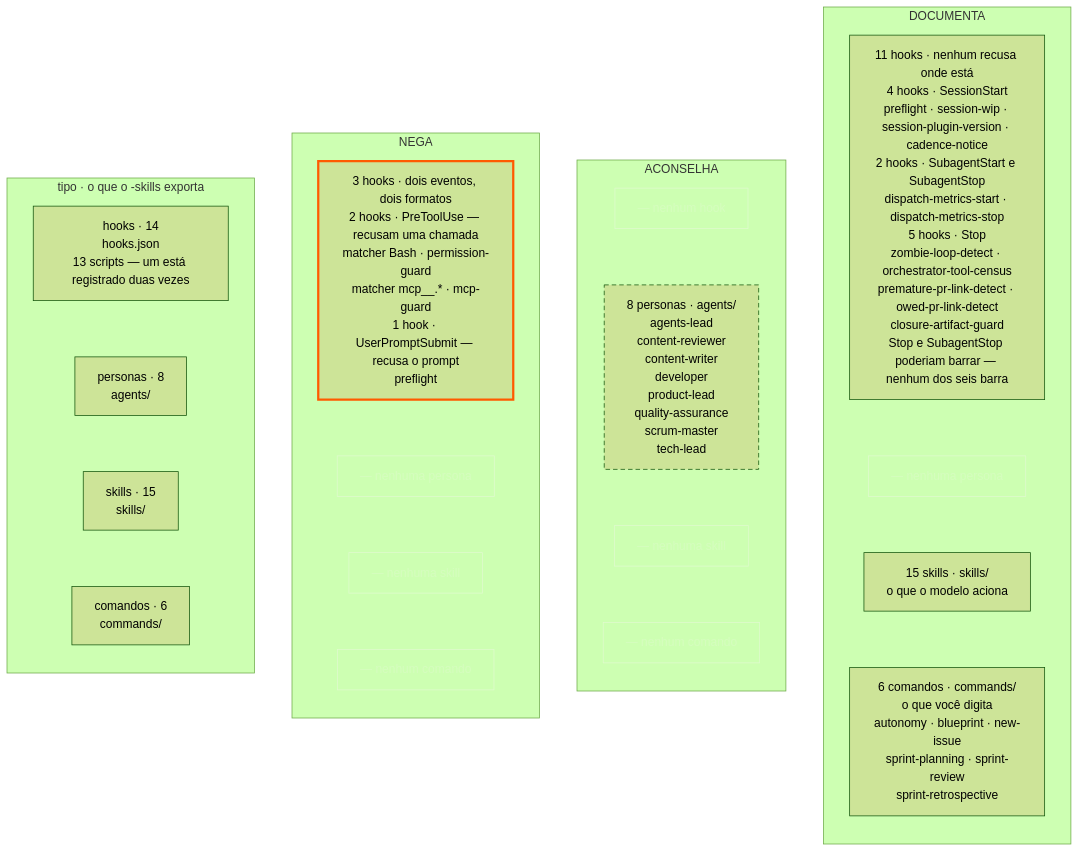
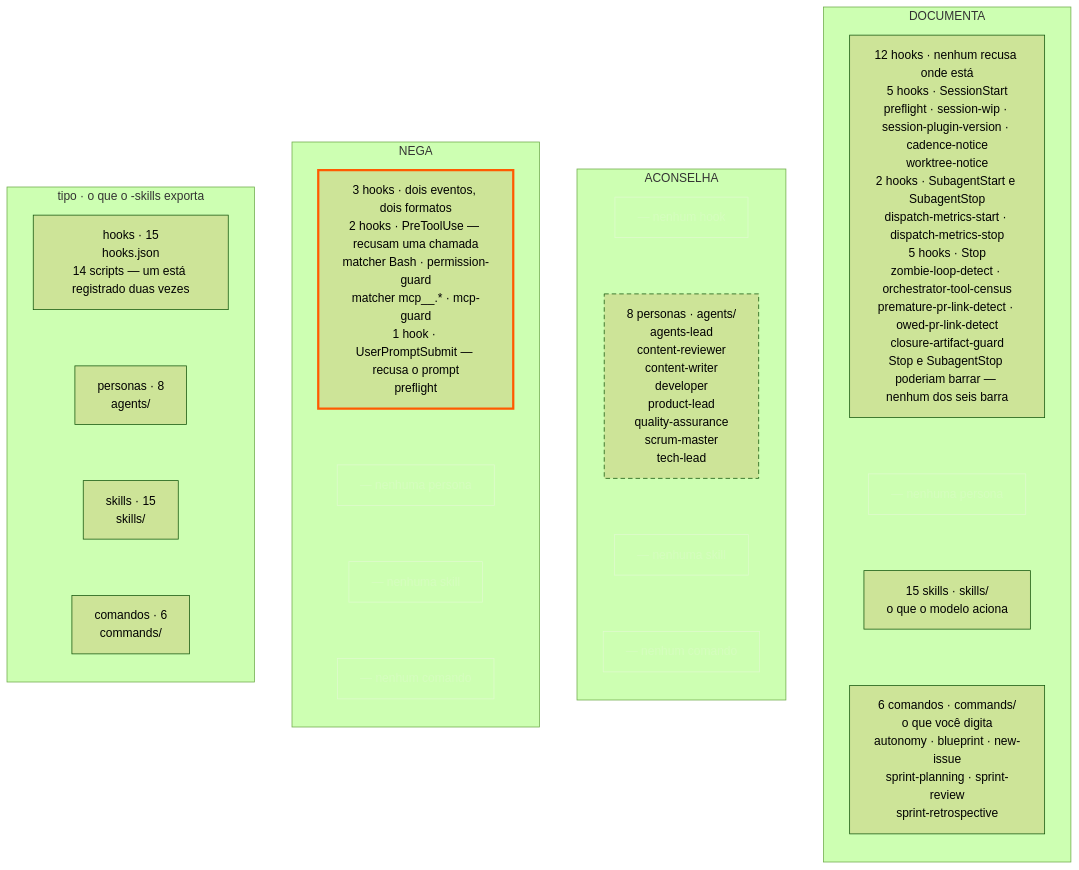
The third of 3 diagrams in apps/fed/src/content/architecture.pt.md (tedeuxx/tadeumendonca-io), drawn with Mermaid (forest theme) before and after one commit. The commit also changed other lines of this file and 6 other files, not shown here.

First line of the commit message:
fix(harness): catch the /architecture inventory up to worktree-notice, and repair the wip basis

````diff
--- a/apps/fed/src/content/architecture.pt.md
+++ b/apps/fed/src/content/architecture.pt.md
@@ -191,49 +191,49 @@
 ```mermaid
 flowchart LR
   accTitle: Do que o harness é feito
   accDescr: A afirmação vem primeiro, porque é pra ela que a grade existe. De tudo que o plugin exporta, exatamente um tipo consegue recusar: só os hooks RECUSAM, e só em dois dos seis eventos em que eles se registram. As personas ACONSELHAM, e as skills e os comandos só DOCUMENTAM. Quatro tipos contra três classes de força dá doze células; cinco têm conteúdo e sete estão vazias, e as sete vazias são o argumento. Agora o inventário de onde a afirmação é lida. As raias são os 14 registros de hook no hooks.json, escritos por 13 scripts porque o preflight está registrado duas vezes; as 8 personas do diretório agents; as 15 skills do diretório skills; e os 6 comandos do diretório commands. Na coluna que nega há uma célula só, e ela tem 3 registros em dois eventos de formatos diferentes: o permission-guard no matcher Bash e o mcp-guard no matcher das ferramentas MCP, os dois no PreToolUse, que recusam uma chamada de ferramenta antes dela rodar; e o preflight no UserPromptSubmit, que recusa o próprio prompt, antes do turno começar. Persona, skill e comando não têm célula nenhuma ali. Na coluna do meio também há uma só: as 8 personas — agents-lead, content-reviewer, content-writer, developer, product-lead, quality-assurance, scrum-master e tech-lead — que ACONSELHAM, e isso é uma afirmação sobre o julgamento delas, não sobre a cadeira, porque uma lente que ninguém aciona falha em silêncio. A terceira coluna, a dos componentes que só DOCUMENTAM, tem três células: as 15 skills, que é o que o modelo aciona sozinho; os 6 comandos, que é o que uma pessoa digita; e os outros 11 registros de hook — 4 no SessionStart, 2 no SubagentStart e no SubagentStop, e 5 no Stop. Lidas as duas colunas juntas, o preflight aparece nas duas, porque está registrado duas vezes com uma classe diferente em cada evento, e é isso que significa o desenho ser derivado e não desenhado: ninguém escrevendo à mão desenharia um script em duas colunas da mesma grade.
   subgraph LANE["tipo · o que o -skills exporta"]
     direction TB
-    LH["hooks · 14<br/>hooks.json<br/>13 scripts — um está registrado duas vezes"]
+    LH["hooks · 15<br/>hooks.json<br/>14 scripts — um está registrado duas vezes"]
     LP["personas · 8<br/>agents/"]
     LS["skills · 15<br/>skills/"]
     LC["comandos · 6<br/>commands/"]
     LH ~~~ LP ~~~ LS ~~~ LC
   end
   subgraph COLD["NEGA"]
     direction TB
     HKD["3 hooks · dois eventos, dois formatos<br/>2 hooks · PreToolUse — recusam uma chamada<br/>matcher Bash · permission-guard<br/>matcher mcp__.* · mcp-guard<br/>1 hook · UserPromptSubmit — recusa o prompt<br/>preflight"]
     PSD["— nenhuma persona"]
     SKD["— nenhuma skill"]
     CMD["— nenhum comando"]
     HKD ~~~ PSD ~~~ SKD ~~~ CMD
   end
   subgraph COLA["ACONSELHA"]
     direction TB
     HKA["— nenhum hook"]
     PS["8 personas · agents/<br/>agents-lead<br/>content-reviewer<br/>content-writer<br/>developer<br/>product-lead<br/>quality-assurance<br/>scrum-master<br/>tech-lead"]
     SKA["— nenhuma skill"]
     CMA["— nenhum comando"]
     HKA ~~~ PS ~~~ SKA ~~~ CMA
   end
   subgraph COLO["DOCUMENTA"]
     direction TB
-    HKR["11 hooks · nenhum recusa onde está<br/>4 hooks · SessionStart<br/>preflight · session-wip · session-plugin-version · cadence-notice<br/>2 hooks · SubagentStart e SubagentStop<br/>dispatch-metrics-start · dispatch-metrics-stop<br/>5 hooks · Stop<br/>zombie-loop-detect · orchestrator-tool-census<br/>premature-pr-link-detect · owed-pr-link-detect<br/>closure-artifact-guard<br/>Stop e SubagentStop poderiam barrar — nenhum dos seis barra"]
+    HKR["12 hooks · nenhum recusa onde está<br/>5 hooks · SessionStart<br/>preflight · session-wip · session-plugin-version · cadence-notice<br/>worktree-notice<br/>2 hooks · SubagentStart e SubagentStop<br/>dispatch-metrics-start · dispatch-metrics-stop<br/>5 hooks · Stop<br/>zombie-loop-detect · orchestrator-tool-census<br/>premature-pr-link-detect · owed-pr-link-detect<br/>closure-artifact-guard<br/>Stop e SubagentStop poderiam barrar — nenhum dos seis barra"]
     PSO["— nenhuma persona"]
     SK["15 skills · skills/<br/>o que o modelo aciona"]
     CM["6 comandos · commands/<br/>o que você digita<br/>autonomy · blueprint · new-issue<br/>sprint-planning · sprint-review<br/>sprint-retrospective"]
     HKR ~~~ PSO ~~~ SK ~~~ CM
   end
   LANE ~~~ COLD ~~~ COLA ~~~ COLO
   classDef mechanism stroke:#FF5A00,stroke-width:3px
   classDef convention stroke-dasharray:6 4
   %% `vazia` nunca pode usar #FF5A00 nem stroke-dasharray: o teste conta exatamente uma caixa na cor de
   %% destaque (o mecanismo) e exatamente uma tracejada (a convenção) no SVG compilado, e qualquer um dos
   %% dois aqui faria sete células vazias afirmarem uma força que elas não têm. E tem de ficar dentro das
   %% três cores do ADR-0008 — o primeiro rascunho apagava essas células com #555555/#888888 e o gate de
   %% paleta pegou isso nas duas edições. Aqui uma célula recua por opacidade; um quarto cinza não existe.
   classDef vazia fill:none,stroke:#F5F4EF,color:#F5F4EF,opacity:0.45
   class HKD mechanism
   class PS convention
   class PSD,SKD,CMD,HKA,SKA,CMA,PSO vazia
 ```
````
